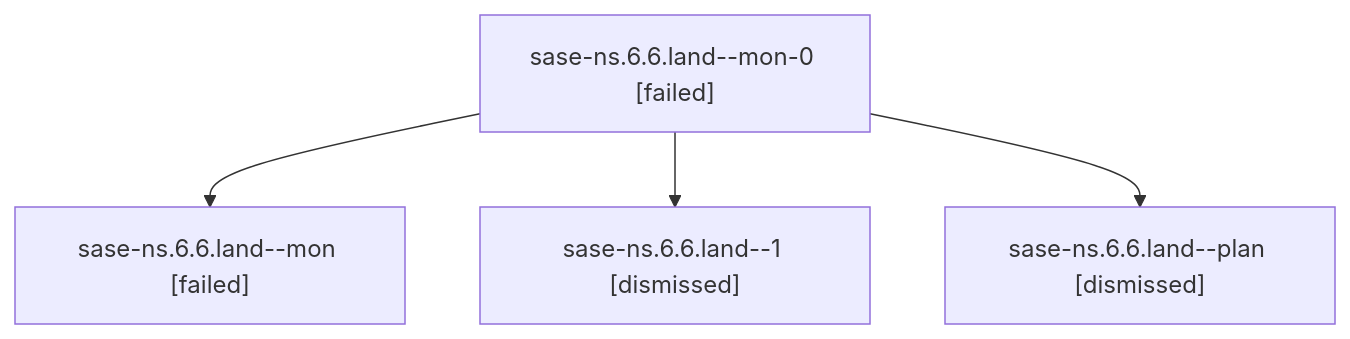
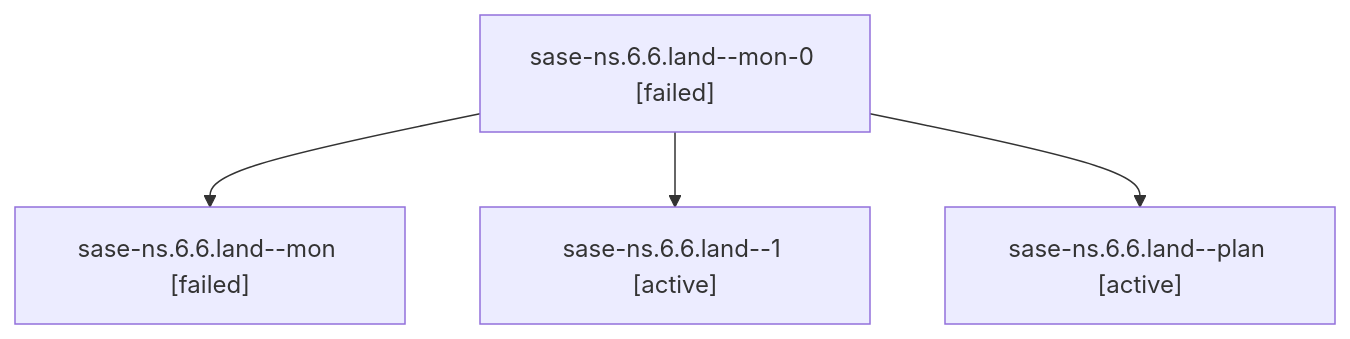
Before and after one commit to sase-org/sase--agents: the diagram in families/bbugyi200.athena.sase-ns.6.6.land.md, drawn with Mermaid. The commit also changed other lines of this file and 35830 other files, not shown here.

````diff
--- a/families/bbugyi200.athena.sase-ns.6.6.land.md
+++ b/families/bbugyi200.athena.sase-ns.6.6.land.md
@@ -9,10 +9,10 @@
 ```mermaid
 flowchart TD
   n0["sase-ns.6.6.land--mon-0 [failed]"]
   n1["sase-ns.6.6.land--mon [failed]"]
   n0 --> n1
-  n2["sase-ns.6.6.land--1 [dismissed]"]
+  n2["sase-ns.6.6.land--1 [active]"]
   n0 --> n2
-  n3["sase-ns.6.6.land--plan [dismissed]"]
+  n3["sase-ns.6.6.land--plan [active]"]
   n0 --> n3
 ```
````
